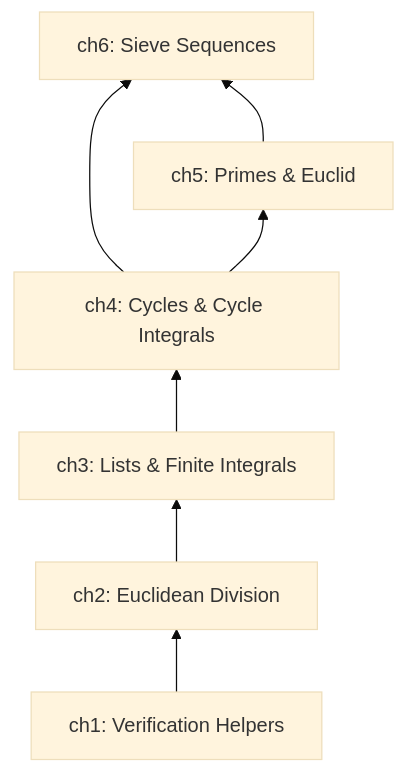
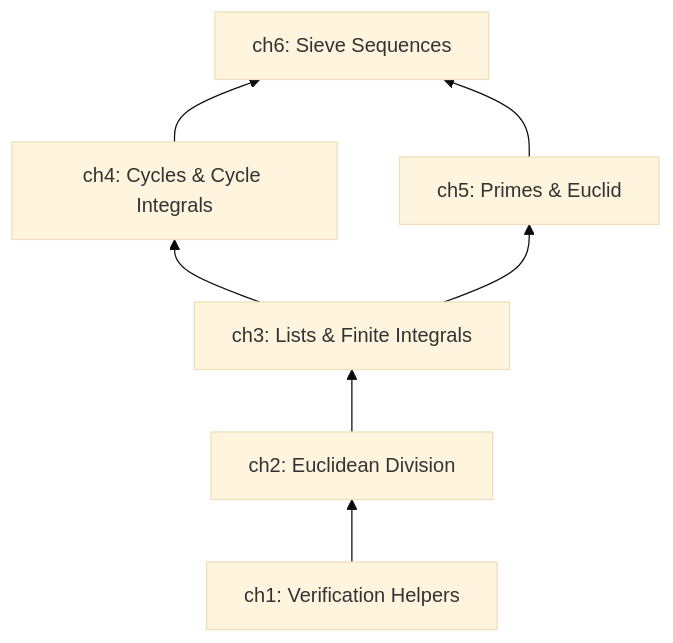
One commit to thiagomata/prime-numbers changed the first of 2 diagrams in docs/architecture.md. Above: the diagram before and after it, drawn with Mermaid (base theme). The commit also changed other lines of this file and 1 other file, not shown here.

````diff
--- a/docs/architecture.md
+++ b/docs/architecture.md
@@ -7,16 +22,16 @@
 ```mermaid
 flowchart BT
     ch1["ch1: Verification Helpers"]
     ch2["ch2: Euclidean Division"]
     ch3["ch3: Lists & Finite Integrals"]
     ch4["ch4: Cycles & Cycle Integrals"]
     ch5["ch5: Primes & Euclid"]
     ch6["ch6: Sieve Sequences"]
 
     ch1 --> ch2
     ch2 --> ch3
     ch3 --> ch4
-    ch4 --> ch5
     ch4 --> ch6
+    ch3 --> ch5
     ch5 --> ch6
 ```
````
